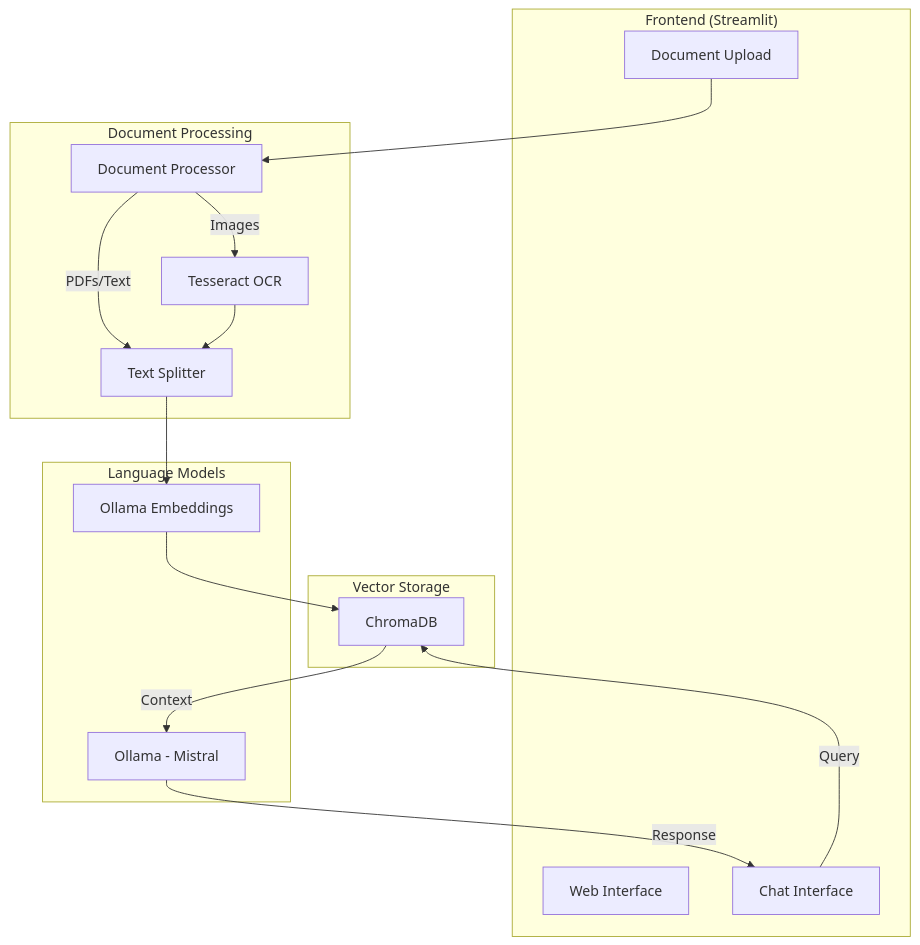
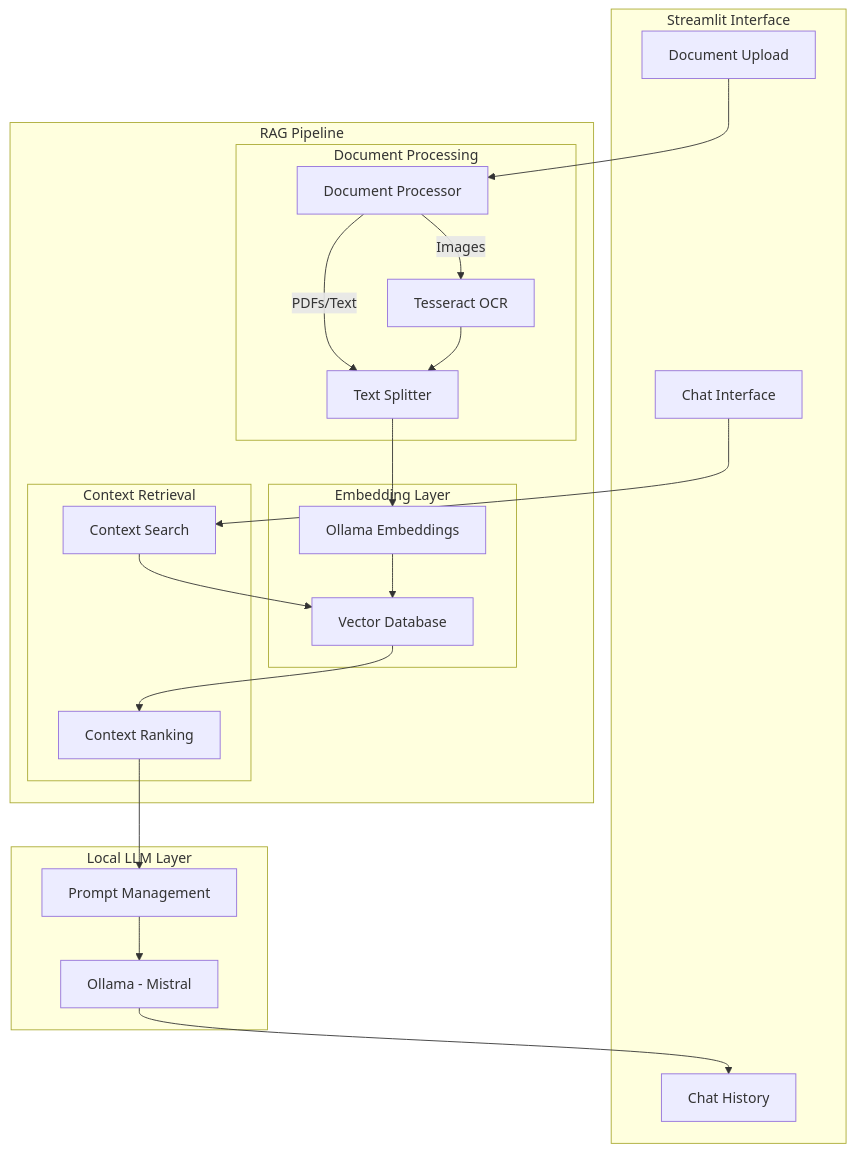
The first of 2 diagrams in README.md (khaosans/basic-chat), drawn with Mermaid before and after one commit. The commit also changed other lines of this file, not shown here.

````diff
--- a/README.md
+++ b/README.md
@@ -7,33 +19,44 @@
 ```mermaid
 graph TD
-    subgraph Frontend["Frontend (Streamlit)"]
-        UI[Web Interface]
+    subgraph UserInterface["Streamlit Interface"]
         Upload[Document Upload]
         Chat[Chat Interface]
+        History[Chat History]
     end
 
-    subgraph Processing["Document Processing"]
-        DP[Document Processor]
-        TS[Text Splitter]
-        OCR[Tesseract OCR]
+    subgraph RAGPipeline["RAG Pipeline"]
+        subgraph DocumentProcessing["Document Processing"]
+            DP[Document Processor]
+            TS[Text Splitter]
+            OCR[Tesseract OCR]
+        end
+
+        subgraph Embeddings["Embedding Layer"]
+            OE[Ollama Embeddings]
+            VDB[Vector Database]
+        end
+
+        subgraph Retrieval["Context Retrieval"]
+            CS[Context Search]
+            CR[Context Ranking]
+        end
     end
 
-    subgraph Storage["Vector Storage"]
-        CD[ChromaDB]
-    end
-
-    subgraph LLM["Language Models"]
+    subgraph LLMLayer["Local LLM Layer"]
         OL[Ollama - Mistral]
-        OE[Ollama Embeddings]
+        PM[Prompt Management]
     end
 
     Upload --> DP
     DP --> |PDFs/Text| TS
     DP --> |Images| OCR
+    OCR --> TS
     TS --> OE
-    OCR --> TS
-    OE --> CD
-    Chat --> |Query| CD
-    CD --> |Context| OL
-    OL --> |Response| Chat
+    OE --> VDB
+    Chat --> CS
+    CS --> VDB
+    VDB --> CR
+    CR --> PM
+    PM --> OL
+    OL --> History
 ```
````
